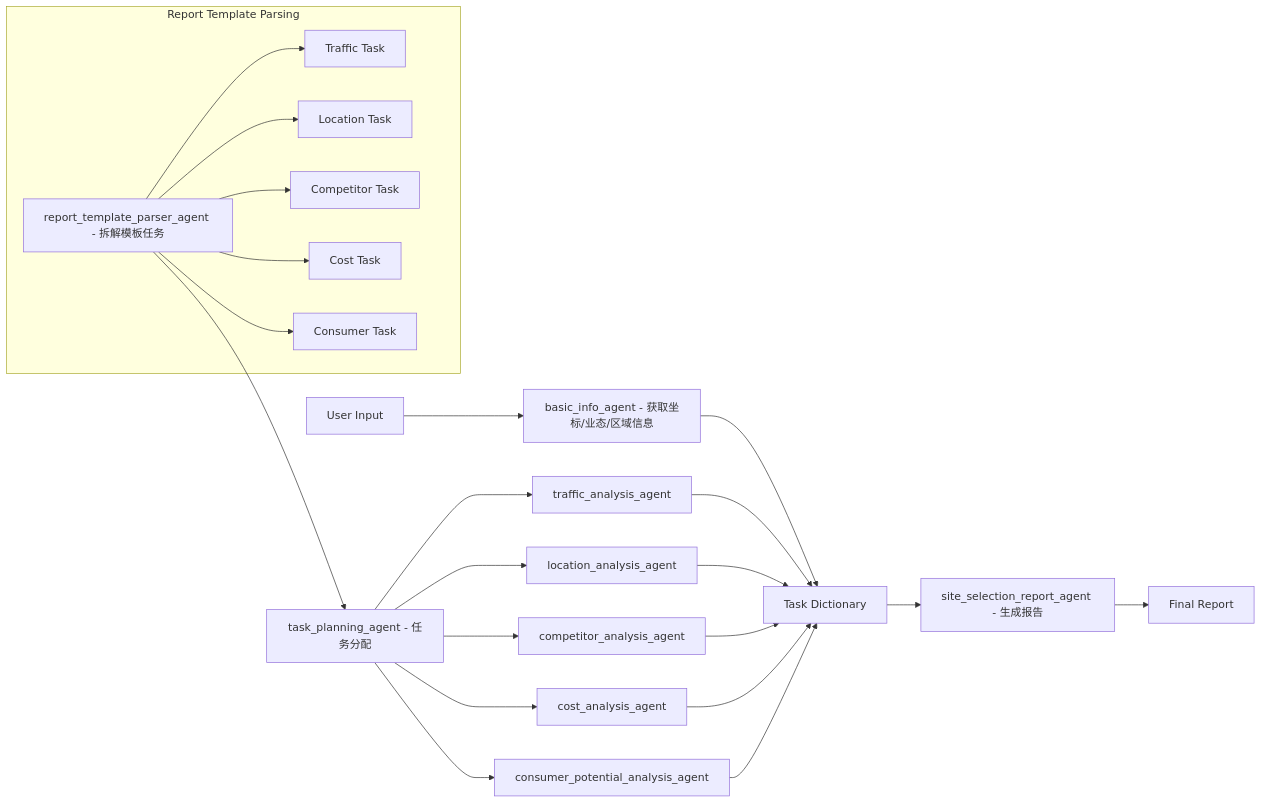
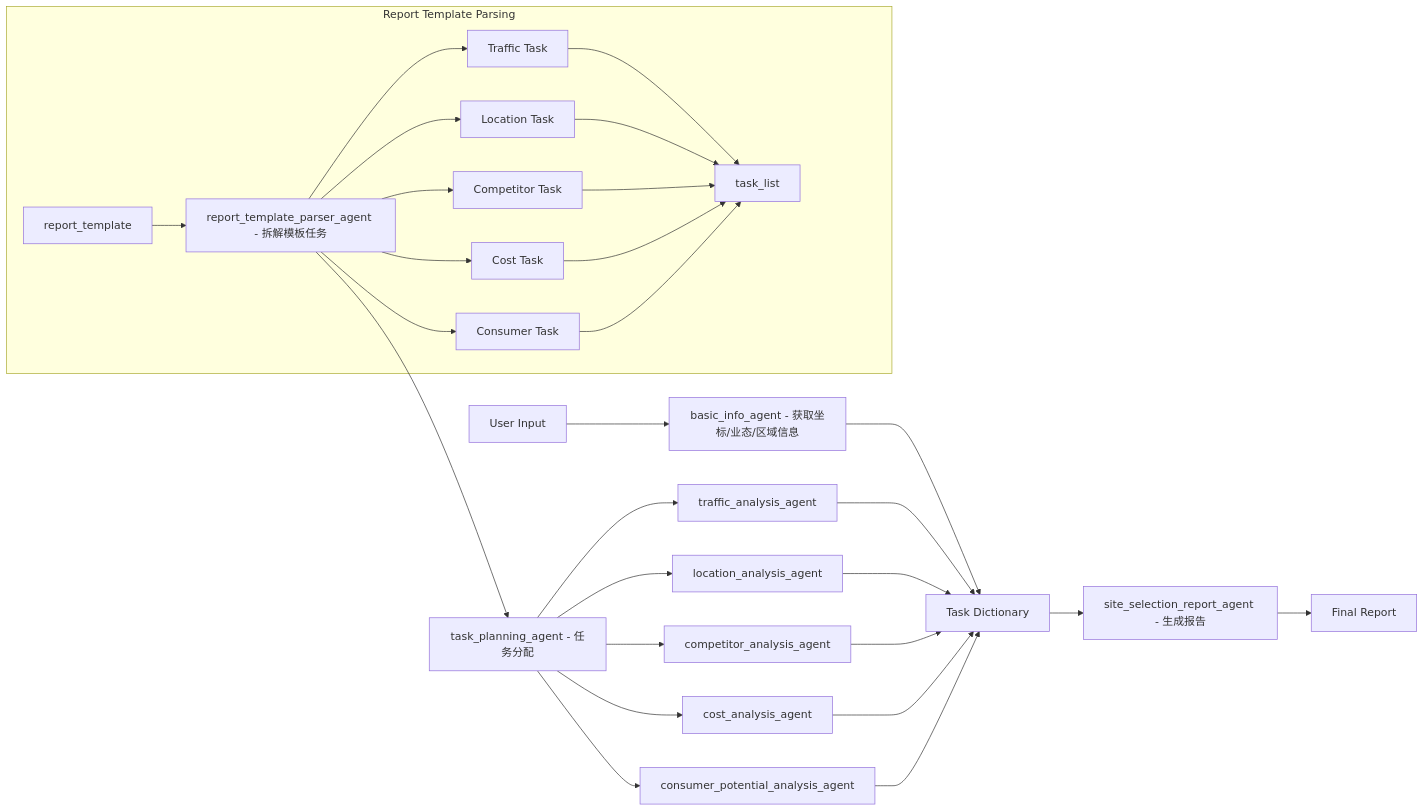
One commit to SLYASINLK/auto_report_generation changed the diagram in README.md. Above: the diagram before and after it, drawn with Mermaid. The commit also changed other lines of this file, not shown here.

````diff
--- a/README.md
+++ b/README.md
@@ -12,30 +12,35 @@
 ```mermaid
 graph LR
     A[User Input] --> B[basic_info_agent - 获取坐标/业态/区域信息]
     B --> C[Task Dictionary]
 
     subgraph Report Template Parsing
-        D[report_template_parser_agent - 拆解模板任务]
-        D --> E1[Traffic Task]
-        D --> E2[Location Task]
-        D --> E3[Competitor Task]
-        D --> E4[Cost Task]
-        D --> E5[Consumer Task]
+        D1[report_template] --> D2[report_template_parser_agent - 拆解模板任务]
+        D2 --> E1[Traffic Task]
+        D2 --> E2[Location Task]
+        D2 --> E3[Competitor Task]
+        D2 --> E4[Cost Task]
+        D2 --> E5[Consumer Task]
+        E1 --> E6[task_list]
+        E2 --> E6
+        E3 --> E6
+        E4 --> E6
+        E5 --> E6
     end
 
-    D --> F[task_planning_agent - 任务分配]
+    D2 --> F[task_planning_agent - 任务分配]
     F --> G1[traffic_analysis_agent]
     F --> G2[location_analysis_agent]
     F --> G3[competitor_analysis_agent]
     F --> G4[cost_analysis_agent]
     F --> G5[consumer_potential_analysis_agent]
 
     G1 --> C
     G2 --> C
     G3 --> C
     G4 --> C
     G5 --> C
 
     C --> H[site_selection_report_agent - 生成报告]
     H --> I[Final Report]
 ```
````
